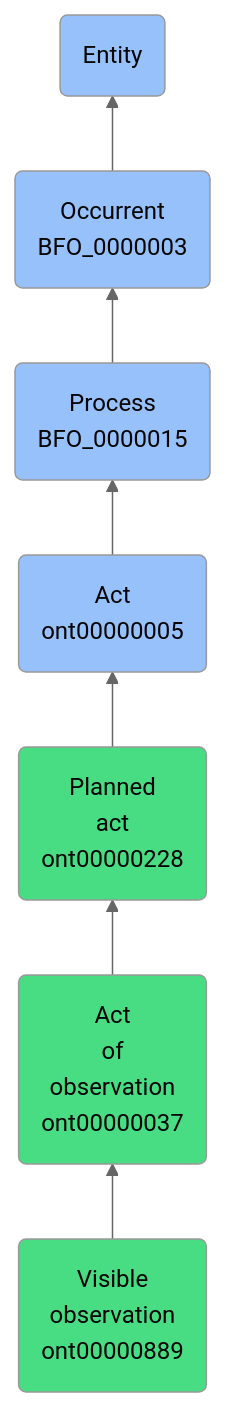
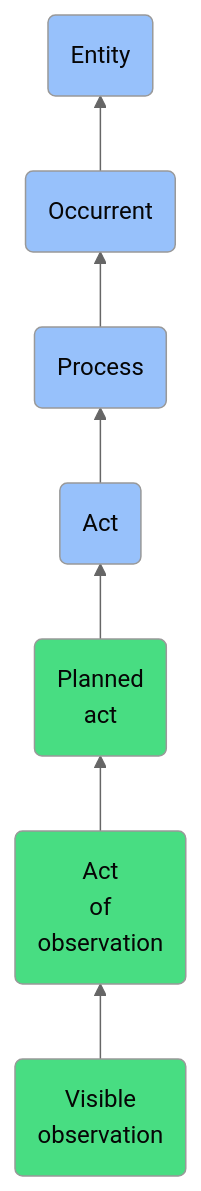
Before and after one commit to jupyter-naas/abi: the diagram in docs/ontology/reference/model/Entity/Occurrent/Process/Act/Planned act/Act of observation/Visible observation/Visible observation.md, drawn with Mermaid (neutral theme). The commit also changed other lines of this file and 1430 other files, not shown here.

````diff
--- a/docs/ontology/reference/model/Entity/Occurrent/Process/Act/Planned act/Act of observation/Visible observation/Visible observation.md
+++ b/docs/ontology/reference/model/Entity/Occurrent/Process/Act/Planned act/Act of observation/Visible observation/Visible observation.md
@@ -24,14 +24,14 @@
 ```mermaid
 graph BT
-    ont00000889(Visible<br>observation<br>ont00000889):::ABI-->ont00000037
-    ont00000037(Act<br>of<br>observation<br>ont00000037):::ABI-->ont00000228
-    ont00000228(Planned<br>act<br>ont00000228):::ABI-->ont00000005
-    ont00000005(Act<br>ont00000005):::BFO-->BFO_0000015
-    BFO_0000015(Process<br>BFO_0000015):::BFO-->BFO_0000003
-    BFO_0000003(Occurrent<br>BFO_0000003):::BFO-->BFO_0000001
+    ont00000889(Visible<br>observation):::ABI-->ont00000037
+    ont00000037(Act<br>of<br>observation):::ABI-->ont00000228
+    ont00000228(Planned<br>act):::ABI-->ont00000005
+    ont00000005(Act):::BFO-->BFO_0000015
+    BFO_0000015(Process):::BFO-->BFO_0000003
+    BFO_0000003(Occurrent):::BFO-->BFO_0000001
     BFO_0000001(Entity):::BFO
     
     classDef BFO fill:#97c1fb,color:#060606
     classDef CCO fill:#e4c51e,color:#060606
     classDef ABI fill:#48DD82,color:#060606
 ```
````
